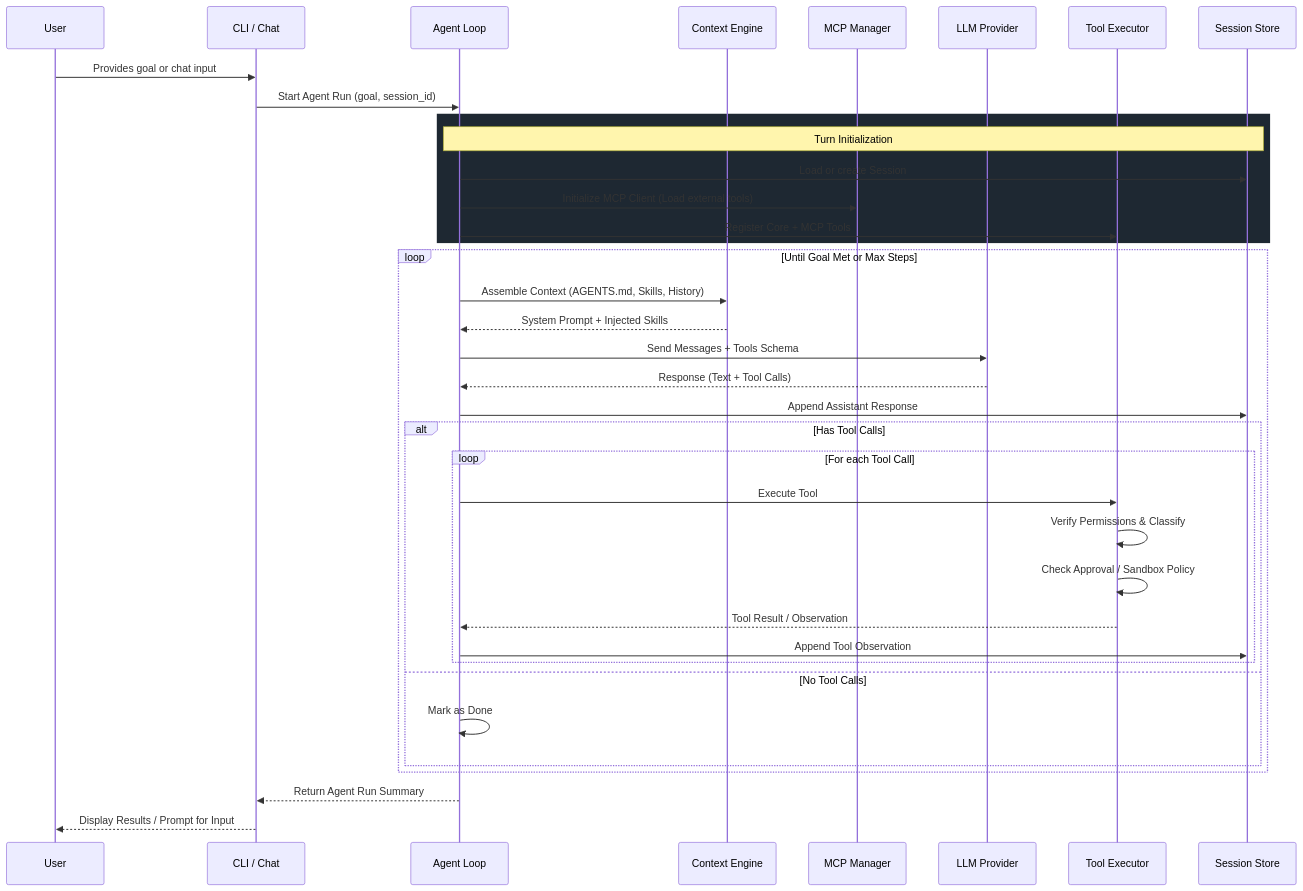
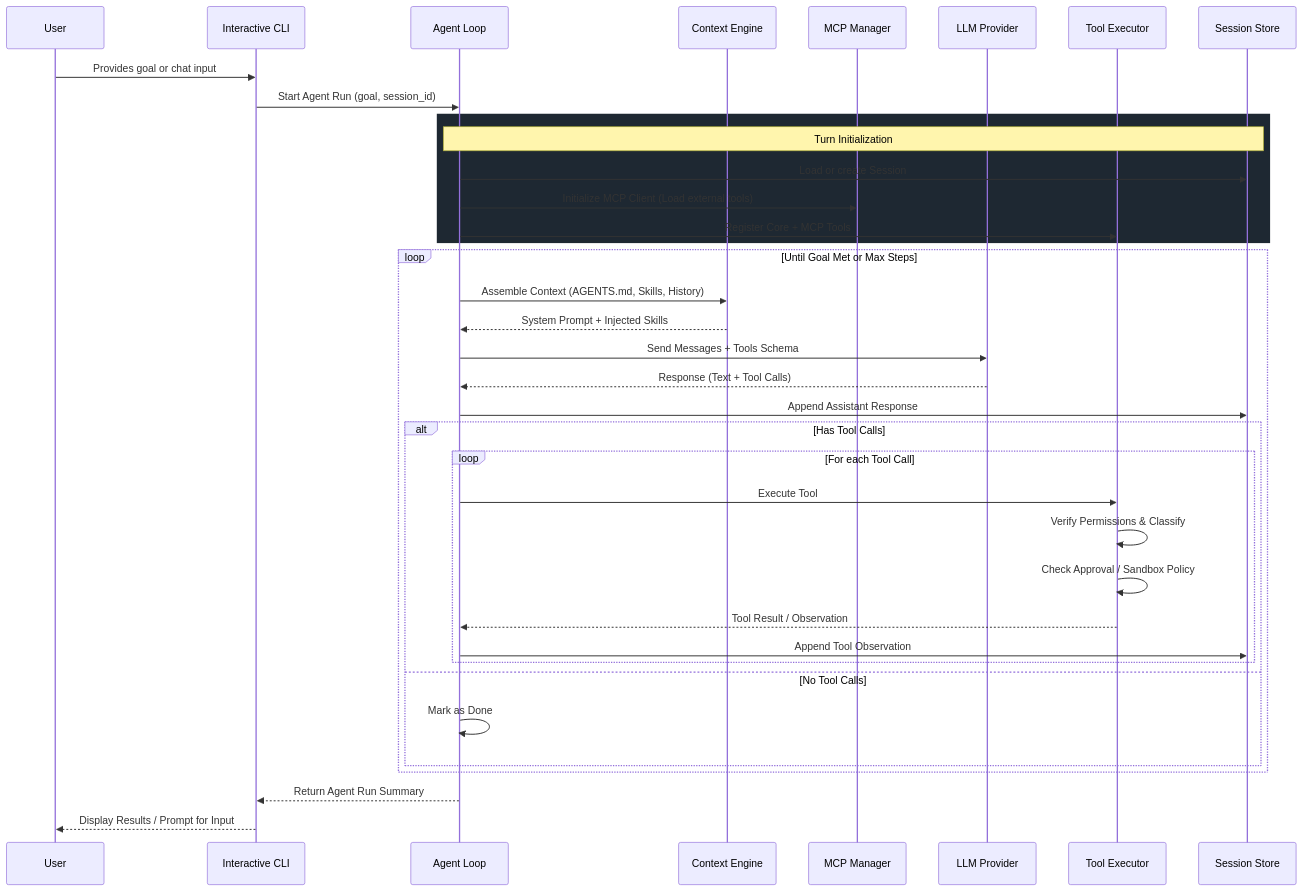
The diagram in docs/tech/architecture.md (skills-yaml/nib), drawn with Mermaid before and after one commit. The commit also changed other lines of this file and 21 other files, not shown here.

Commit message:
unify interactive CLI modes

````diff
--- a/docs/tech/architecture.md
+++ b/docs/tech/architecture.md
@@ -175,46 +182,46 @@
 ```mermaid
 sequenceDiagram
     participant U as User
-    participant C as CLI / Chat
+    participant C as Interactive CLI
     participant L as Agent Loop
     participant Cx as Context Engine
     participant M as MCP Manager
     participant LLM as LLM Provider
     participant T as Tool Executor
     participant S as Session Store
 
     U->>C: Provides goal or chat input
     C->>L: Start Agent Run (goal, session_id)
     
     rect rgb(30, 40, 50)
         Note over L,S: Turn Initialization
         L->>S: Load or create Session
         L->>M: Initialize MCP Client (Load external tools)
         L->>T: Register Core + MCP Tools
     end
     
     loop Until Goal Met or Max Steps
         L->>Cx: Assemble Context (AGENTS.md, Skills, History)
         Cx-->>L: System Prompt + Injected Skills
         
         L->>LLM: Send Messages + Tools Schema
         LLM-->>L: Response (Text + Tool Calls)
         
         L->>S: Append Assistant Response
         
         alt Has Tool Calls
             loop For each Tool Call
                 L->>T: Execute Tool
                 T->>T: Verify Permissions & Classify
                 T->>T: Check Approval / Sandbox Policy
                 T-->>L: Tool Result / Observation
                 L->>S: Append Tool Observation
             end
         else No Tool Calls
             L->>L: Mark as Done
         end
     end
     
     L-->>C: Return Agent Run Summary
     C-->>U: Display Results / Prompt for Input
 ```
````
